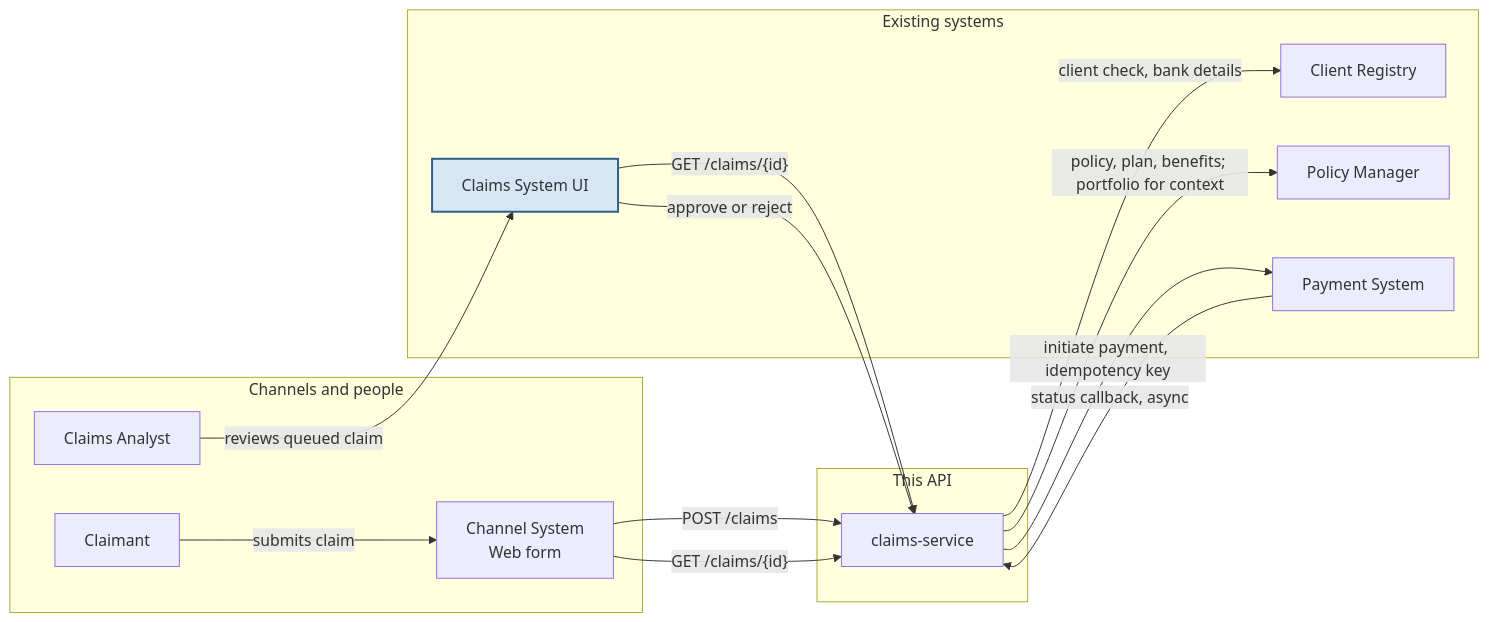
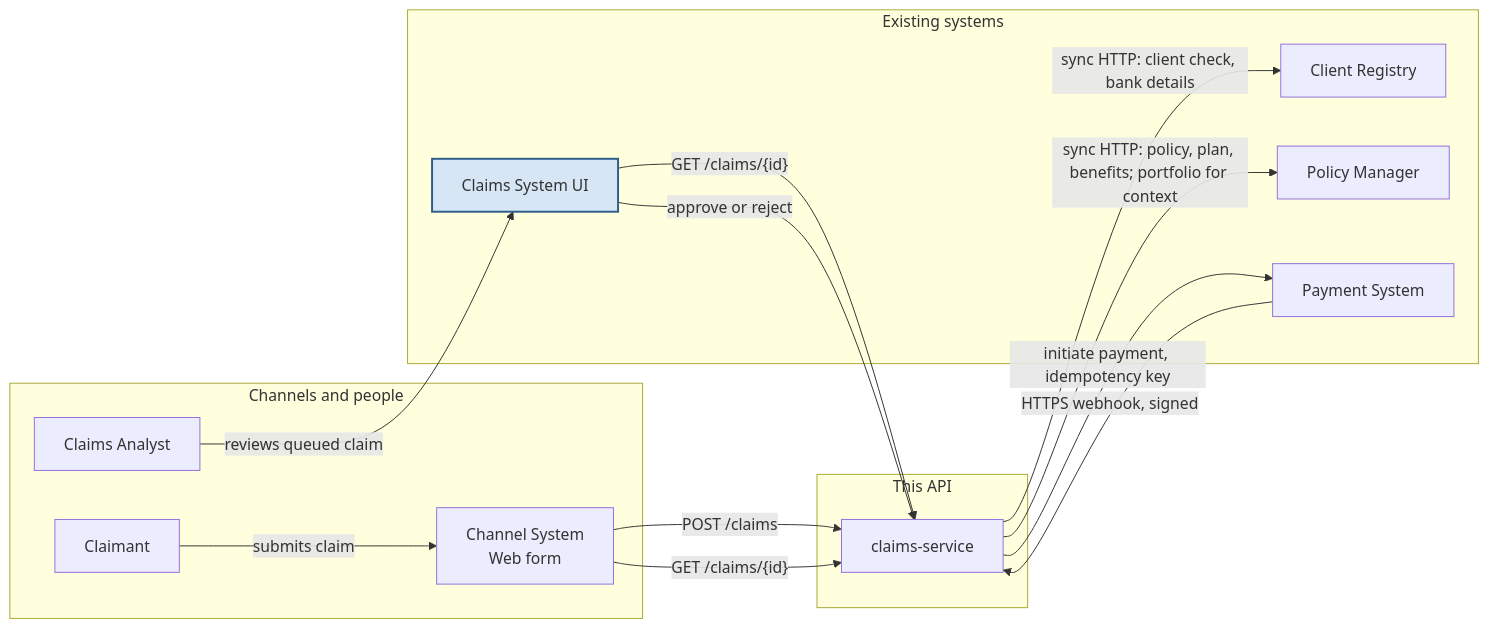
Before and after one commit to srf0407/claims-case-study: the diagram in claims-processing/docs/diagrams/context.md, drawn with Mermaid. The commit also changed other lines of this file and 3 other files, not shown here.

First line of the commit message:
docs: update backlog and solution documentation with payment webhook details

````diff
--- a/claims-processing/docs/diagrams/context.md
+++ b/claims-processing/docs/diagrams/context.md
@@ -3,32 +3,32 @@
 ```mermaid
 flowchart LR
   subgraph people["Channels and people"]
     Claimant["Claimant"]
     Analyst["Claims Analyst"]
     Channel["Channel System<br/>Web form"]
   end
 
   subgraph api["This API"]
     Service["claims-service"]
   end
 
   subgraph existing["Existing systems"]
     UI["Claims System UI"]
     Registry["Client Registry"]
     Policy["Policy Manager"]
     Payment["Payment System"]
   end
 
   Claimant -->|"submits claim"| Channel
   Channel -->|"POST /claims"| Service
   Channel -->|"GET /claims/{id}"| Service
   Analyst -->|"reviews queued claim"| UI
   UI -->|"GET /claims/{id}"| Service
   UI -->|"approve or reject"| Service
-  Service -->|"client check, bank details"| Registry
-  Service -->|"policy, plan, benefits; portfolio for context"| Policy
+  Service -->|"sync HTTP: client check, bank details"| Registry
+  Service -->|"sync HTTP: policy, plan, benefits; portfolio for context"| Policy
   Service -->|"initiate payment, idempotency key"| Payment
-  Payment -->|"status callback, async"| Service
+  Payment -->|"HTTPS webhook, signed"| Service
 
   style UI fill:#d6e6f5,stroke:#2f5d8a,stroke-width:2px
 ```
````
